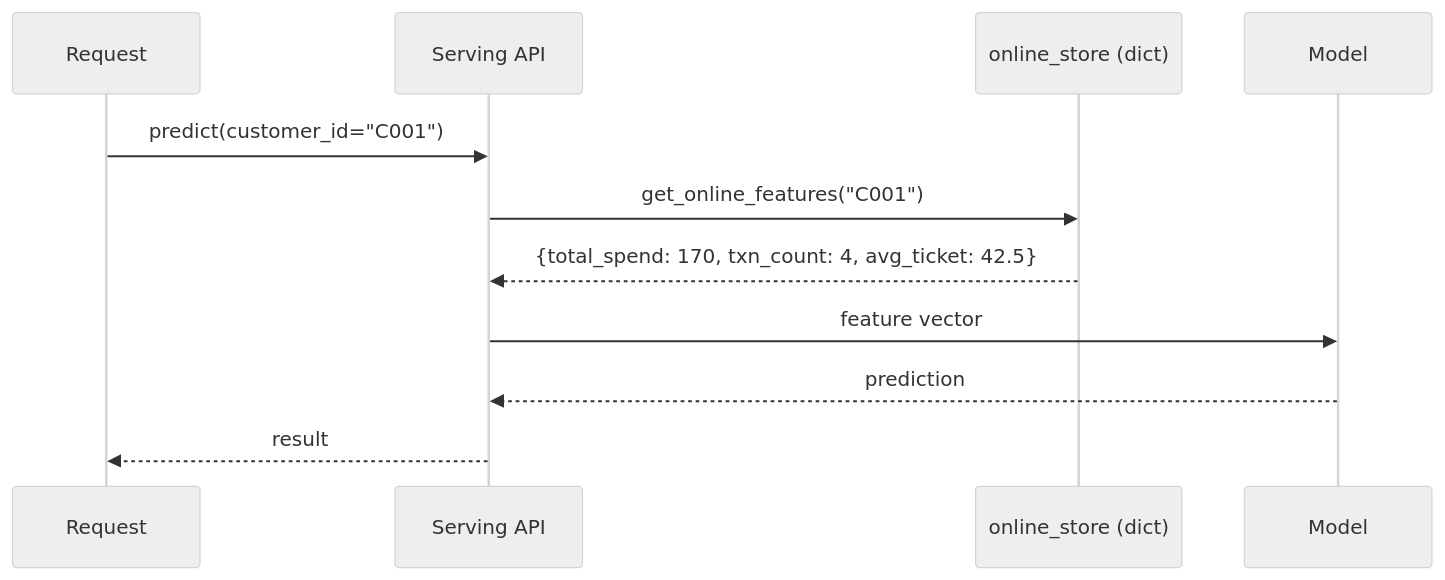
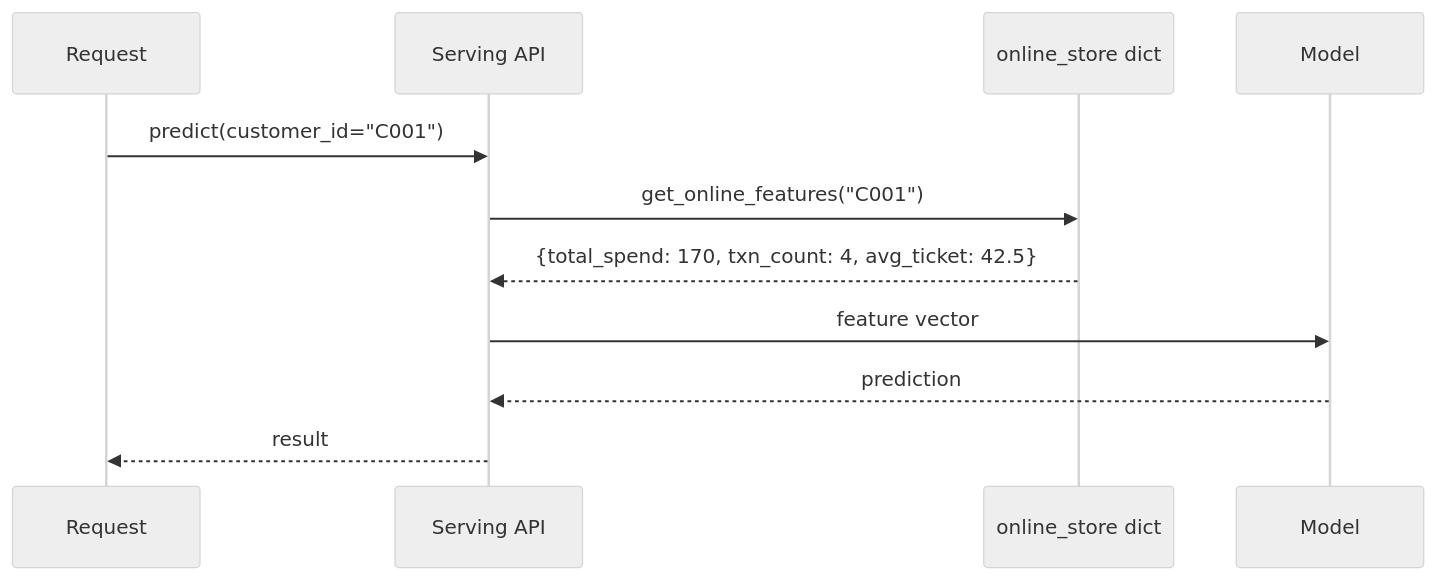
The second of 3 diagrams in bits-pilani/trimester-3/notes/machine-learning-model-engineering/week-09/16-simulating-an-online-feature-store-dict-cache-transcript.md (hsoni92/ml-workbook), drawn with Mermaid (neutral theme) before and after one commit. The commit also changed 59 other files, not shown here.

````diff
--- a/bits-pilani/trimester-3/notes/machine-learning-model-engineering/week-09/16-simulating-an-online-feature-store-dict-cache-transcript.md
+++ b/bits-pilani/trimester-3/notes/machine-learning-model-engineering/week-09/16-simulating-an-online-feature-store-dict-cache-transcript.md
@@ -86,14 +86,14 @@
 ```mermaid
 sequenceDiagram
     participant Request
     participant API as Serving API
-    participant Store as online_store (dict)
+    participant Store as online_store dict
     participant Model
 
     Request->>API: predict(customer_id="C001")
     API->>Store: get_online_features("C001")
     Store-->>API: {total_spend: 170, txn_count: 4, avg_ticket: 42.5}
     API->>Model: feature vector
     Model-->>API: prediction
     API-->>Request: result
 ```
````
